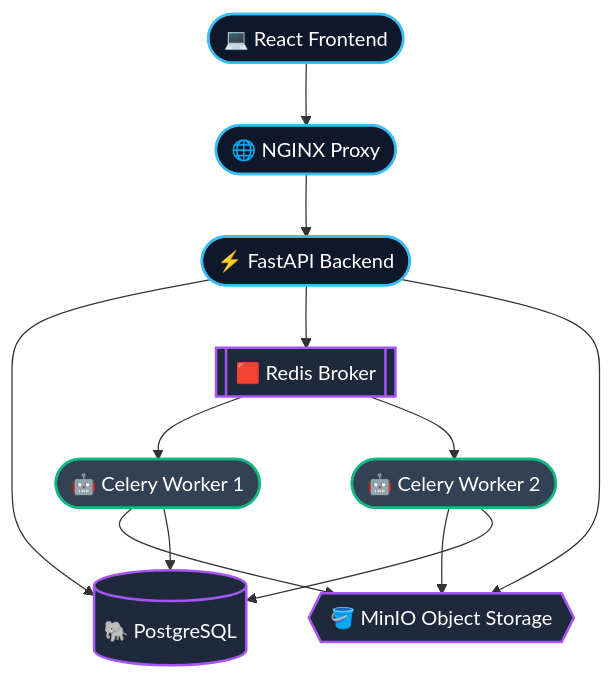
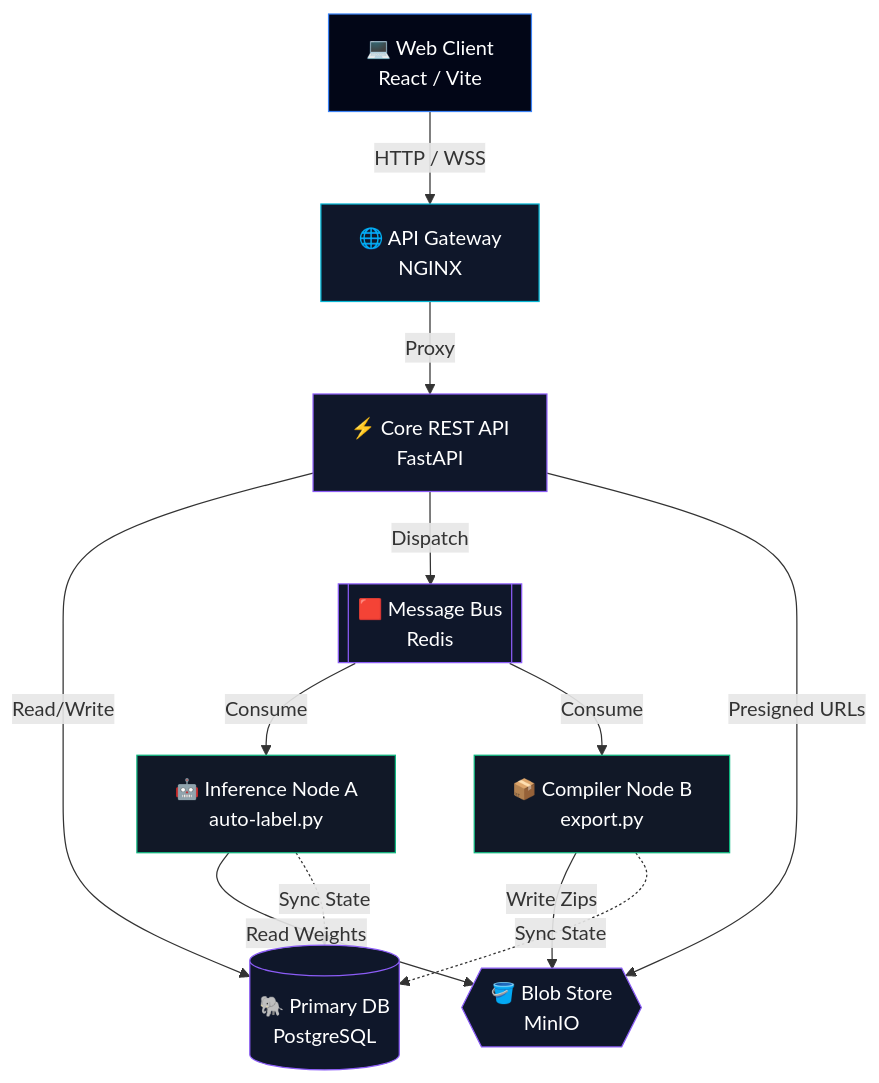
One commit to DhruvGarg111/PixelQueue changed the diagram in README.md. Above: the diagram before and after it, drawn with Mermaid. The commit also changed other lines of this file, not shown here.

````diff
--- a/README.md
+++ b/README.md
@@ -108,25 +60,34 @@
 ```mermaid
-graph TD;
-    Client([💻 React Frontend]) --> NGINX([🌐 NGINX Proxy]);
-    NGINX --> API([⚡ FastAPI Backend]);
+graph TD
+    %% Styling
+    classDef client fill:#020617,stroke:#3B82F6,stroke-width:1px,color:#fff
+    classDef proxy fill:#0F172A,stroke:#06B6D4,stroke-width:1px,color:#fff
+    classDef backend fill:#0F172A,stroke:#8B5CF6,stroke-width:1px,color:#fff
+    classDef worker fill:#111827,stroke:#10B981,stroke-width:1px,color:#fff
+
+    Client[💻 Web Client<br/>React / Vite]:::client
+    Nginx[🌐 API Gateway<br/>NGINX]:::proxy
+
+    API[⚡ Core REST API<br/>FastAPI]:::backend
+    DB[(🐘 Primary DB<br/>PostgreSQL)]:::backend
+    Broker[[🟥 Message Bus<br/>Redis]]:::backend
+    Storage{{🪣 Blob Store<br/>MinIO}}:::backend
+
+    WorkerX[🤖 Inference Node A<br/>auto-label.py]:::worker
+    WorkerY[📦 Compiler Node B<br/>export.py]:::worker
+
+    Client -->|HTTP / WSS| Nginx
+    Nginx -->|Proxy| API
+
+    API -->|Read/Write| DB
+    API -->|Dispatch| Broker
+    API -->|Presigned URLs| Storage
     
-    API --> DB[(🐘 PostgreSQL)];
-    API --> Redis[[🟥 Redis Broker]];
-    API --> MinIO{{🪣 MinIO Object Storage}};
-    
-    Redis --> Worker1([🤖 Celery Worker 1]);
-    Redis --> Worker2([🤖 Celery Worker 2]);
-    
-    Worker1 --> MinIO;
-    Worker2 --> MinIO;
-    Worker1 --> DB;
-    Worker2 --> DB;
-    
-    classDef main fill:#0f172a,stroke:#38bdf8,stroke-width:2px,color:#fff;
-    classDef db fill:#1e293b,stroke:#a855f7,stroke-width:2px,color:#fff;
-    classDef worker fill:#334155,stroke:#10b981,stroke-width:2px,color:#fff;
-    
-    class Client,NGINX,API main;
-    class DB,Redis,MinIO db;
-    class Worker1,Worker2 worker;
+    Broker -->|Consume| WorkerX
+    Broker -->|Consume| WorkerY
+
+    WorkerX -->|Read Weights| Storage
+    WorkerY -->|Write Zips| Storage
+    WorkerX -.->|Sync State| DB
+    WorkerY -.->|Sync State| DB
 ```
````
